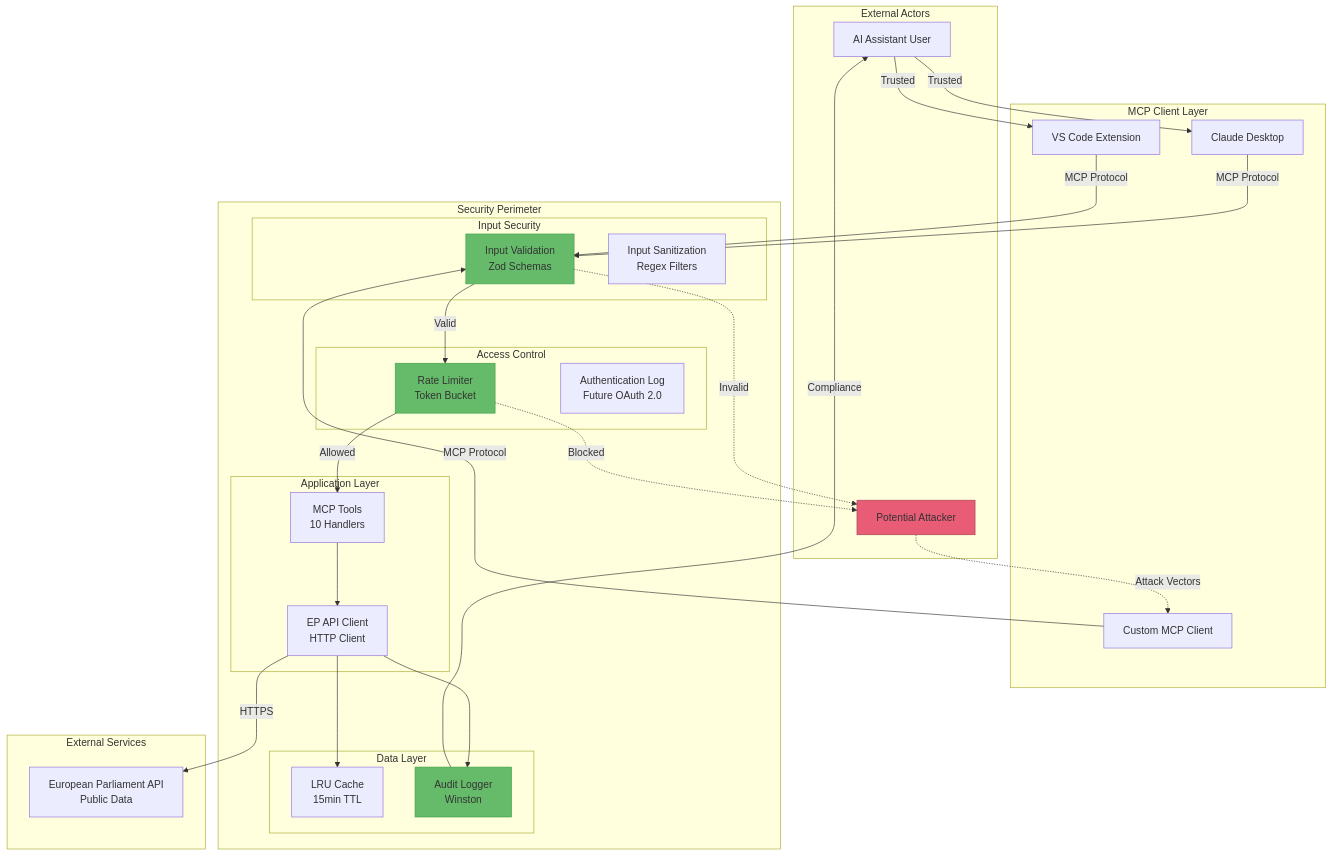
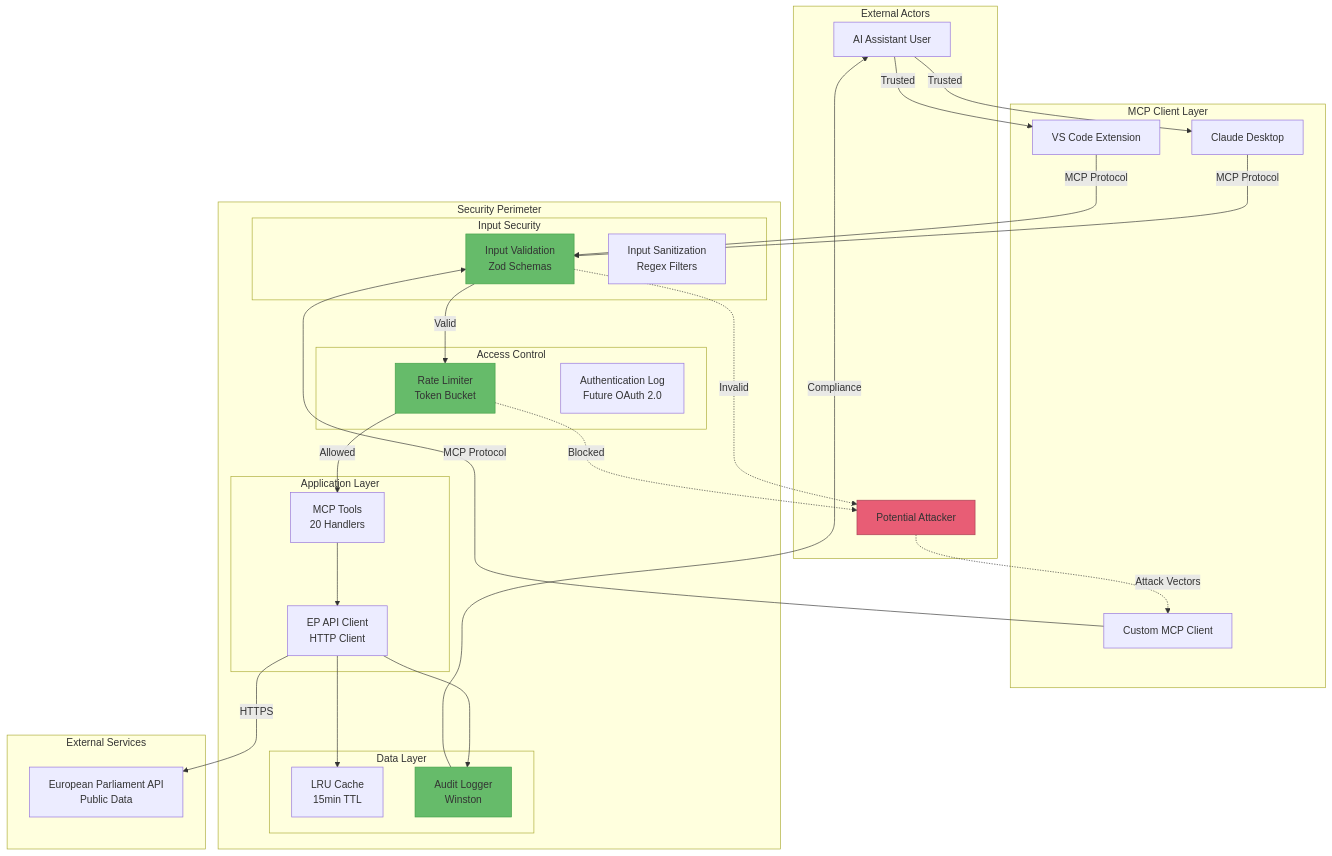
The second of 27 diagrams in docs/api/media/SECURITY_ARCHITECTURE.md (Hack23/European-Parliament-MCP-Server), drawn with Mermaid before and after one commit. The commit also changed other lines of this file and 294 other files, not shown here.

````diff
--- a/docs/api/media/SECURITY_ARCHITECTURE.md
+++ b/docs/api/media/SECURITY_ARCHITECTURE.md
@@ -225,65 +225,65 @@
 ```mermaid
 graph TB
     subgraph "External Actors"
         USER[AI Assistant User]
         ATTACKER[Potential Attacker]
     end
     
     subgraph "MCP Client Layer"
         CLAUDE[Claude Desktop]
         VSCODE[VS Code Extension]
         CUSTOM[Custom MCP Client]
     end
     
     subgraph "Security Perimeter"
         subgraph "Input Security"
             VALIDATOR[Input Validation<br/>Zod Schemas]
             SANITIZER[Input Sanitization<br/>Regex Filters]
         end
         
         subgraph "Access Control"
             RATELIMIT[Rate Limiter<br/>Token Bucket]
             AUTHLOG[Authentication Log<br/>Future OAuth 2.0]
         end
         
         subgraph "Application Layer"
-            TOOLS[MCP Tools<br/>10 Handlers]
+            TOOLS[MCP Tools<br/>20 Handlers]
             CLIENT[EP API Client<br/>HTTP Client]
         end
         
         subgraph "Data Layer"
             CACHE[LRU Cache<br/>15min TTL]
             AUDIT[Audit Logger<br/>Winston]
         end
     end
     
     subgraph "External Services"
         EP_API[European Parliament API<br/>Public Data]
     end
     
     USER -->|Trusted| CLAUDE
     USER -->|Trusted| VSCODE
     ATTACKER -.->|Attack Vectors| CUSTOM
     
     CLAUDE -->|MCP Protocol| VALIDATOR
     VSCODE -->|MCP Protocol| VALIDATOR
     CUSTOM -->|MCP Protocol| VALIDATOR
     
     VALIDATOR -->|Valid| RATELIMIT
     VALIDATOR -.->|Invalid| ATTACKER
     
     RATELIMIT -->|Allowed| TOOLS
     RATELIMIT -.->|Blocked| ATTACKER
     
     TOOLS --> CLIENT
     CLIENT --> CACHE
     CLIENT --> AUDIT
     CLIENT -->|HTTPS| EP_API
     
     AUDIT -->|Compliance| USER
     
     style VALIDATOR fill:#66BB6A,stroke:#43A047
     style RATELIMIT fill:#66BB6A,stroke:#43A047
     style AUDIT fill:#66BB6A,stroke:#43A047
     style ATTACKER fill:#E85D75,stroke:#A53F52
 ```
````
